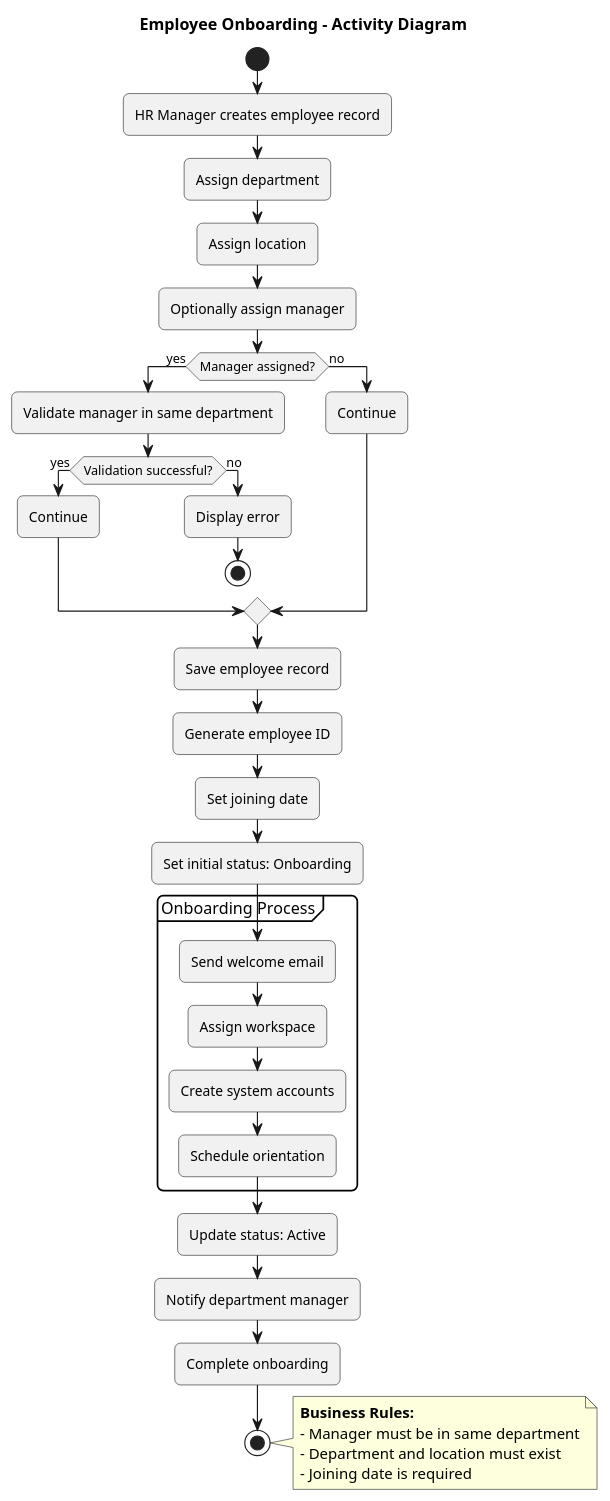
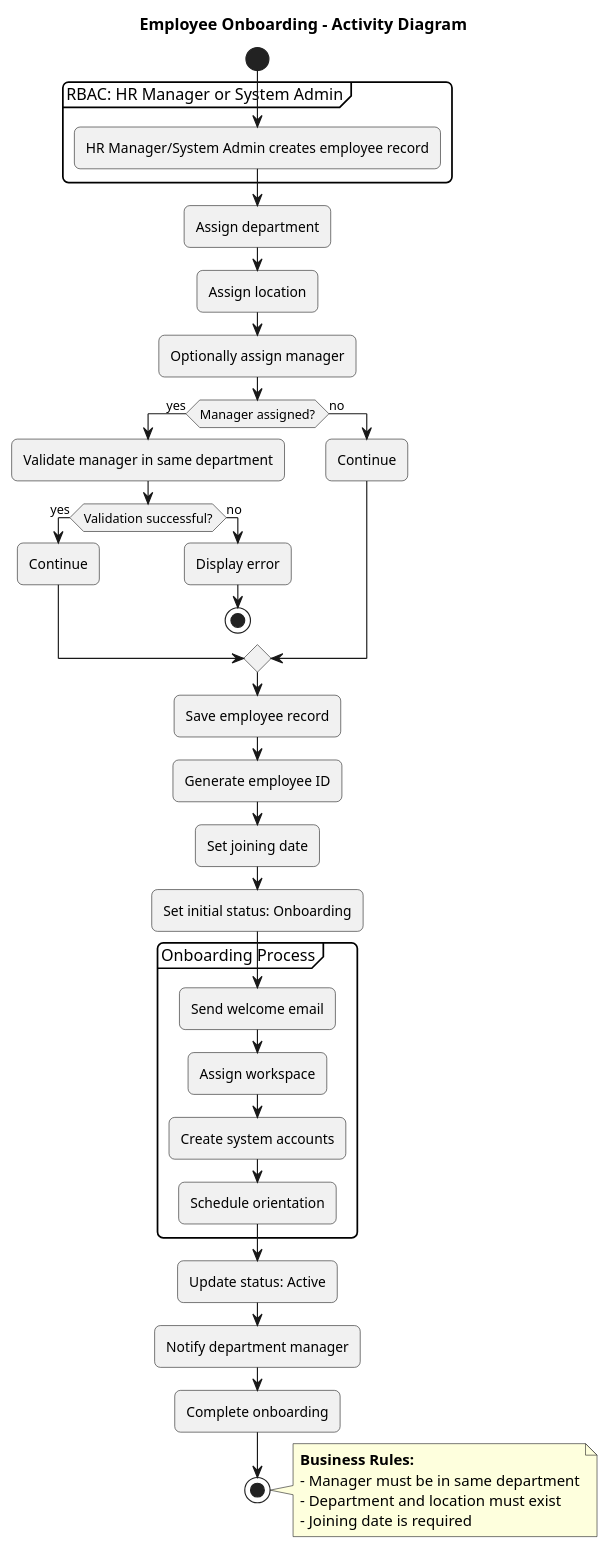
Before and after one commit to Buffden/employee-management-system: the diagram in docs/diagrams/activity/employee-onboarding-activity.puml, drawn with PlantUML. The commit also changed 51 other files, not shown here.

```diff
--- a/docs/diagrams/activity/employee-onboarding-activity.puml
+++ b/docs/diagrams/activity/employee-onboarding-activity.puml
@@ -1,51 +1,53 @@
 @startuml Employee Onboarding Activity
 skinparam linetype ortho
 skinparam roundcorner 10
 
 title Employee Onboarding - Activity Diagram
 
 start
 
-:HR Manager creates employee record;
+partition "RBAC: HR Manager or System Admin" {
+  :HR Manager/System Admin creates employee record;
+}
 :Assign department;
 :Assign location;
 :Optionally assign manager;
 
 if (Manager assigned?) then (yes)
   :Validate manager in same department;
   if (Validation successful?) then (yes)
     :Continue;
   else (no)
     :Display error;
     stop
   endif
 else (no)
   :Continue;
 endif
 
 :Save employee record;
 :Generate employee ID;
 :Set joining date;
 :Set initial status: Onboarding;
 
 partition "Onboarding Process" {
   :Send welcome email;
   :Assign workspace;
   :Create system accounts;
   :Schedule orientation;
 }
 
 :Update status: Active;
 :Notify department manager;
 :Complete onboarding;
 
 stop
 
 note right
   **Business Rules:**
   - Manager must be in same department
   - Department and location must exist
   - Joining date is required
 end note
 
 @enduml
```
